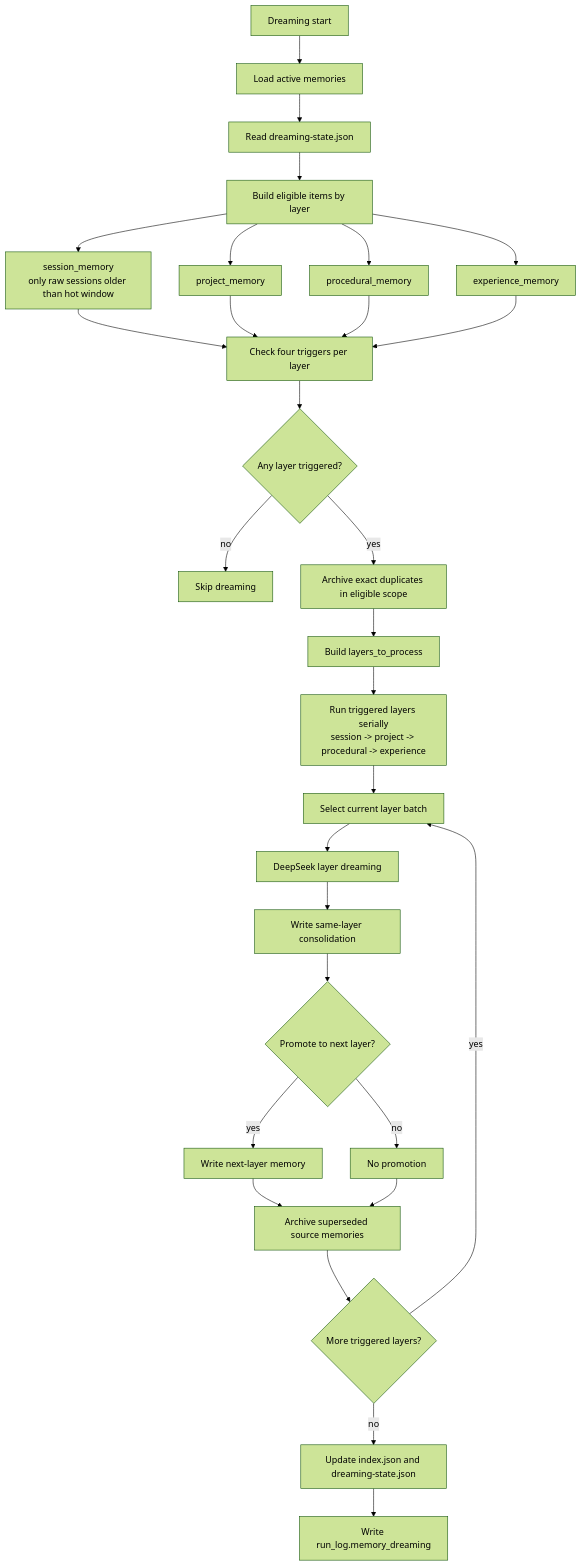
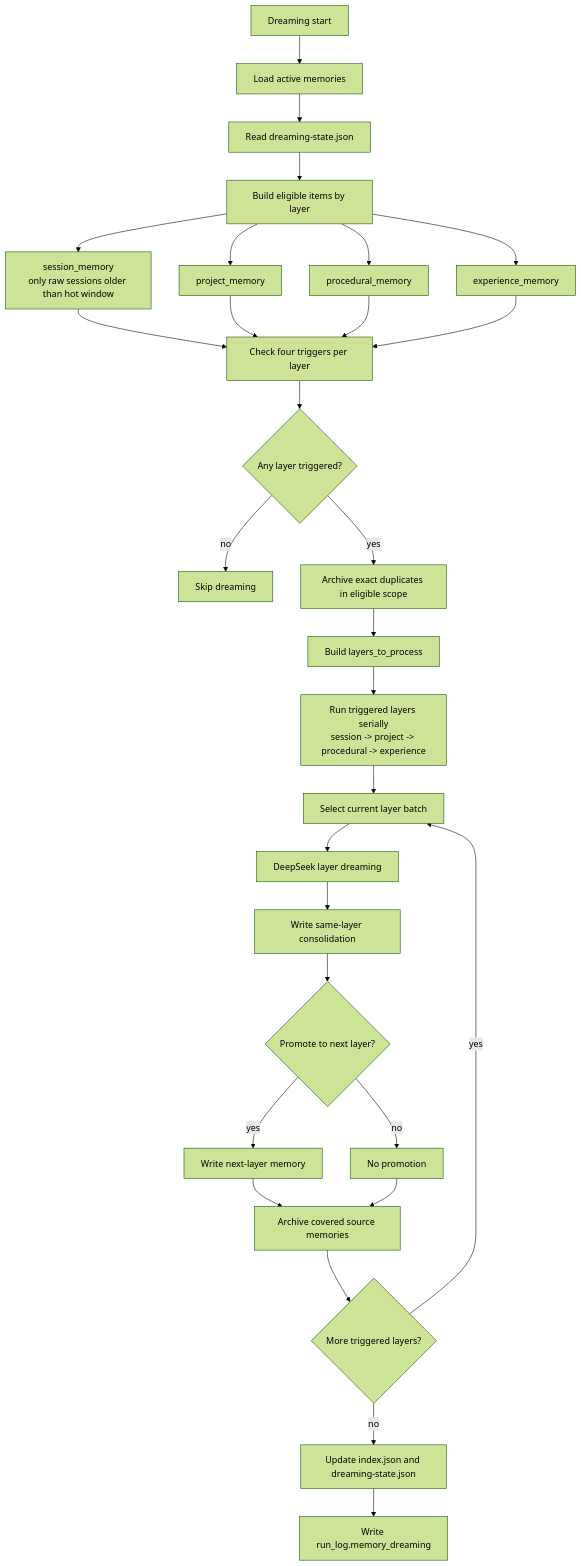
The eighth of 8 diagrams in README.md (Cachuela11/MiniCode), drawn with Mermaid (forest theme) before and after one commit. The commit also changed other lines of this file and 3 other files, not shown here.

````diff
--- a/README.md
+++ b/README.md
@@ -379,34 +370,34 @@
 ```mermaid
 flowchart TD
     A[Dreaming start] --> B[Load active memories]
     B --> C[Read dreaming-state.json]
     C --> D[Build eligible items by layer]
 
     D --> E1[session_memory<br/>only raw sessions older than hot window]
     D --> E2[project_memory]
     D --> E3[procedural_memory]
     D --> E4[experience_memory]
 
     E1 --> F[Check four triggers per layer]
     E2 --> F
     E3 --> F
     E4 --> F
 
     F --> G{Any layer triggered?}
     G -->|no| H[Skip dreaming]
     G -->|yes| K[Archive exact duplicates in eligible scope]
     K --> I[Build layers_to_process]
     I --> J[Run triggered layers serially<br/>session -> project -> procedural -> experience]
     J --> L[Select current layer batch]
     L --> M[DeepSeek layer dreaming]
     M --> N[Write same-layer consolidation]
     N --> O{Promote to next layer?}
     O -->|yes| P[Write next-layer memory]
     O -->|no| Q[No promotion]
-    P --> R[Archive superseded source memories]
+    P --> R[Archive covered source memories]
     Q --> R
     R --> S{More triggered layers?}
     S -->|yes| L
     S -->|no| T[Update index.json and dreaming-state.json]
     T --> U[Write run_log.memory_dreaming]
 ```
````
